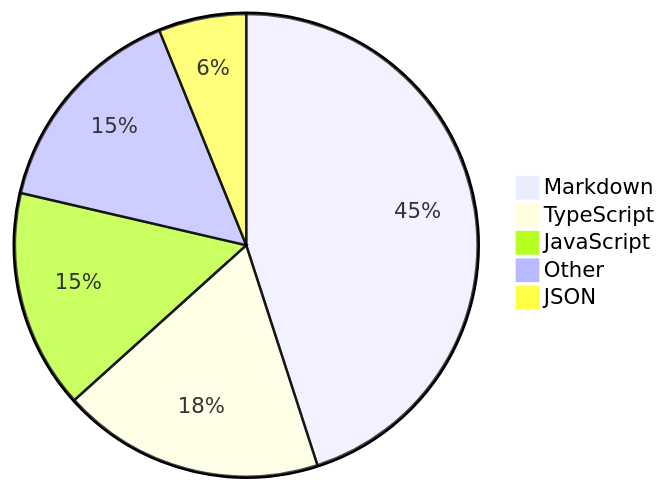
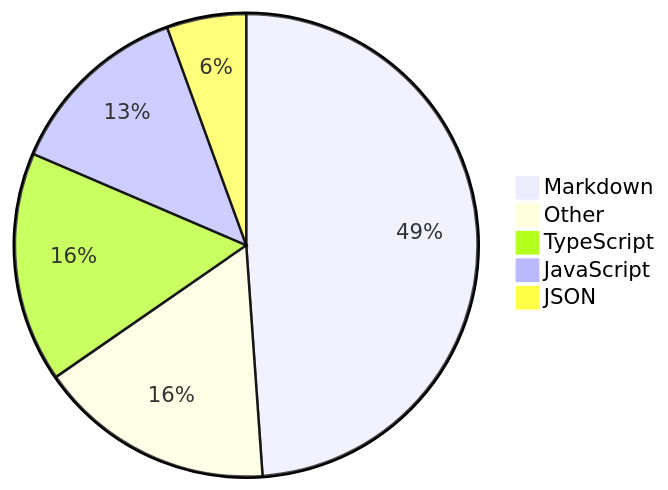
The diagram in README.md (Alicia111/alicia111), drawn with Mermaid before and after one commit.

Commit message:
Update WakaTime stats (・ω・)b

````diff
--- a/README.md
+++ b/README.md
@@ -32,8 +32,8 @@
 ```mermaid
 pie
-    "Markdown" : 43.1
-    "TypeScript" : 17.53
-    "JavaScript" : 14.65
-    "Other" : 14.6
-    "JSON" : 5.86
+    "Markdown" : 42.54
+    "Other" : 14.35
+    "TypeScript" : 14.0
+    "JavaScript" : 11.32
+    "JSON" : 4.83
 ```
````
